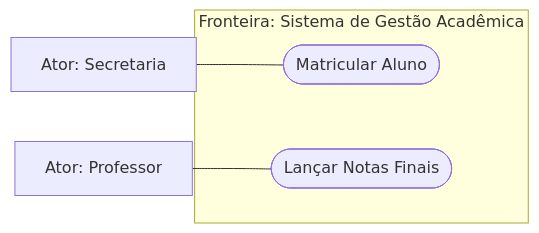
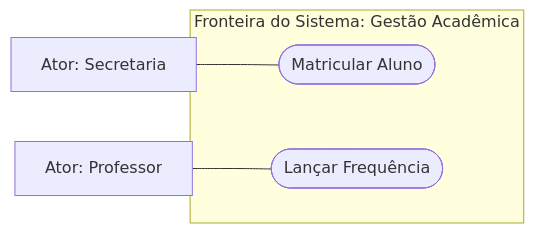
Diagram 14 of 32 in 4º Semestre/[Prof. Wesley Soares] Engenharia de Software II/Resumos-IA/Caderno-Consolidado.md (murilolol/unifef), drawn with Mermaid before and after one commit. The commit also changed other lines of this file and 10 other files, not shown here.

````diff
--- a/4º Semestre/[Prof. Wesley Soares] Engenharia de Software II/Resumos-IA/Caderno-Consolidado.md
+++ b/4º Semestre/[Prof. Wesley Soares] Engenharia de Software II/Resumos-IA/Caderno-Consolidado.md
@@ -615,9 +596,9 @@
 ```mermaid
 flowchart LR
-    subgraph Fronteira["Fronteira: Sistema de Gestão Acadêmica"]
-        UC1(["Matricular Aluno"])
-        UC2(["Lançar Notas Finais"])
-    end
-    AtorSecretaria["Ator: Secretaria"] --- UC1
-    AtorProfessor["Ator: Professor"] --- UC2
+  subgraph Sistema["Fronteira do Sistema: Gestão Acadêmica"]
+    UC1(["Matricular Aluno"])
+    UC2(["Lançar Frequência"])
+  end
+  Secretaria["Ator: Secretaria"] --- UC1
+  Professor["Ator: Professor"] --- UC2
 ```
````
